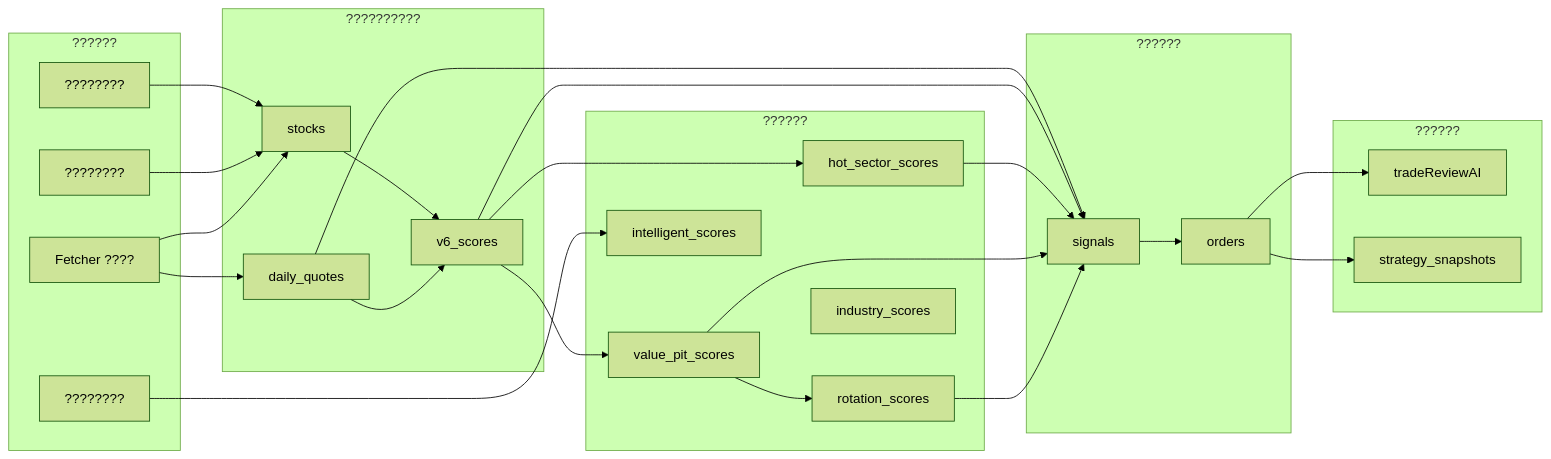
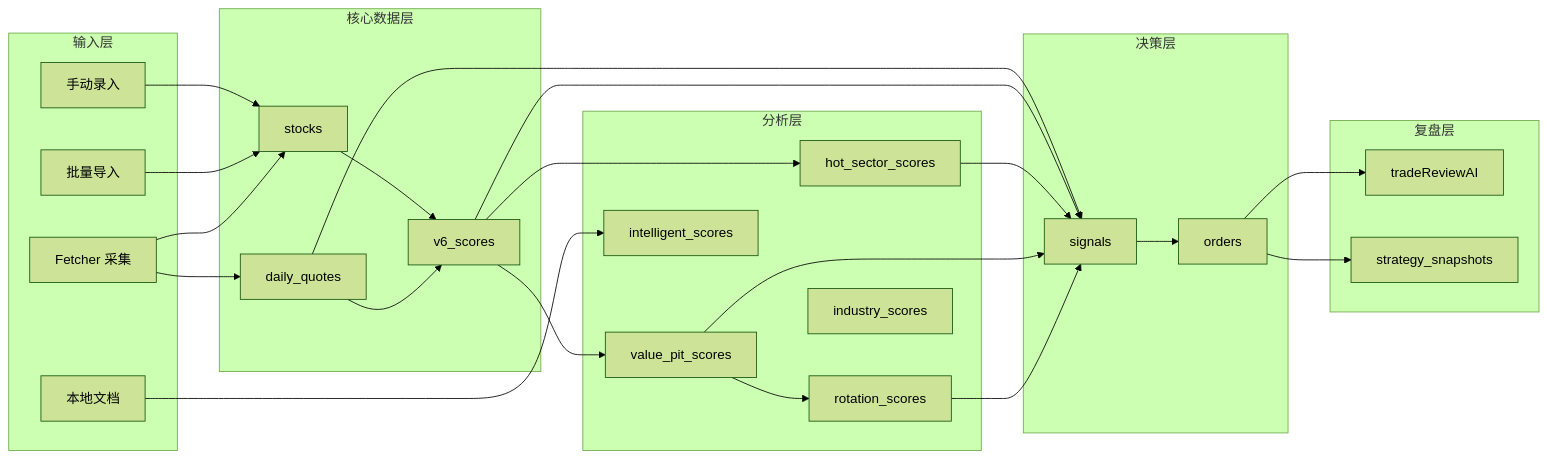
The diagram in docs/reference/v9-data-timeline.md (DHENGHONGYU/-), drawn with Mermaid (forest theme) before and after one commit. The commit also changed other lines of this file and 849 other files, not shown here.

````diff
--- a/docs/reference/v9-data-timeline.md
+++ b/docs/reference/v9-data-timeline.md
@@ -59,54 +59,54 @@
 ```mermaid
 flowchart LR
-    subgraph INPUT["??????"]
-        A1["????????"]
-        A2["????????"]
-        A3["Fetcher ????"]
-        A4["????????"]
+    subgraph INPUT["输入层"]
+        A1["手动录入"]
+        A2["批量导入"]
+        A3["Fetcher 采集"]
+        A4["本地文档"]
     end
 
-    subgraph CORE["??????????"]
+    subgraph CORE["核心数据层"]
         B1["stocks"]
         B2["daily_quotes"]
         B3["v6_scores"]
     end
 
-    subgraph ANALYSIS["??????"]
+    subgraph ANALYSIS["分析层"]
         C1["hot_sector_scores"]
         C2["value_pit_scores"]
         C3["rotation_scores"]
         C4["intelligent_scores"]
         C5["industry_scores"]
     end
 
-    subgraph DECISION["??????"]
+    subgraph DECISION["决策层"]
         D1["signals"]
         D2["orders"]
     end
 
-    subgraph REVIEW["??????"]
+    subgraph REVIEW["复盘层"]
         E1["tradeReviewAI"]
         E2["strategy_snapshots"]
     end
 
     A1 --> B1
     A2 --> B1
     A3 --> B1
     A3 --> B2
     A4 --> C4
 
     B1 --> B3
     B2 --> B3
     B3 --> C1
     B3 --> C2
     C2 --> C3
     B2 --> D1
     B3 --> D1
     C1 --> D1
     C2 --> D1
     C3 --> D1
 
     D1 --> D2
     D2 --> E1
     D2 --> E2
 ```
````
